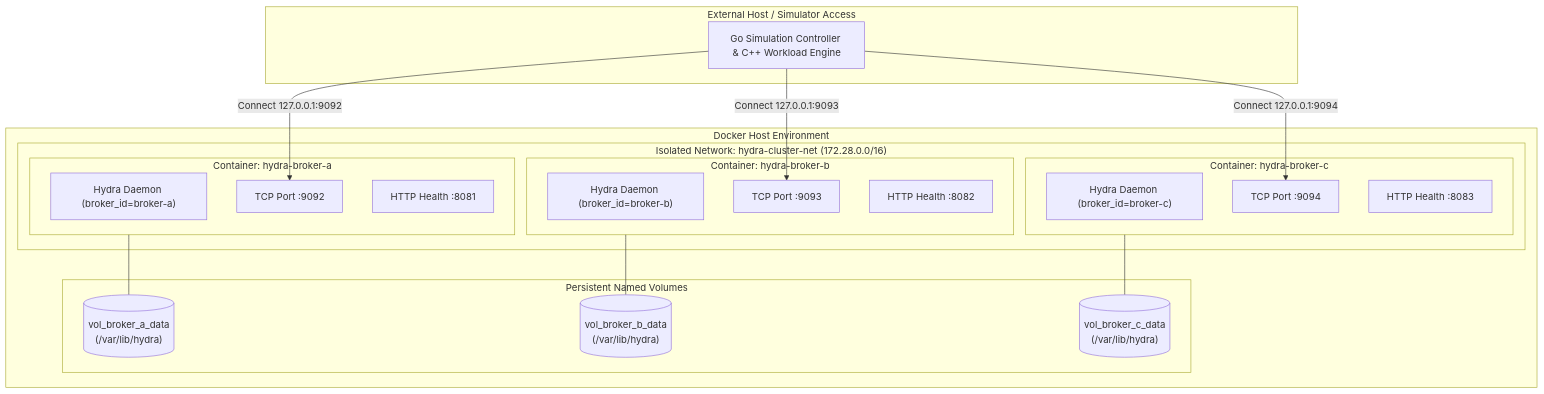
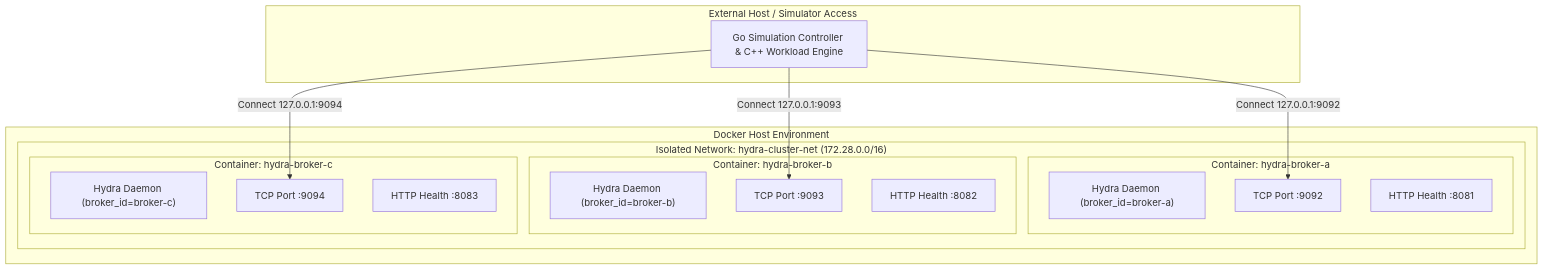
One commit to ansh0014/Hydra-Stream changed the sixth of 12 diagrams in docs/system-diagrams.md. Above: the diagram before and after it, drawn with Mermaid. The commit also changed other lines of this file, not shown here.

````diff
--- a/docs/system-diagrams.md
+++ b/docs/system-diagrams.md
@@ -236,41 +229,31 @@
 ```mermaid
 flowchart TB
     subgraph DOCKER_HOST["Docker Host Environment"]
         subgraph BRIDGE["Isolated Network: hydra-cluster-net (172.28.0.0/16)"]
             subgraph B1["Container: hydra-broker-a"]
                 SRV1["Hydra Daemon (broker_id=broker-a)"]
                 P1_TCP["TCP Port :9092"]
                 P1_HTTP["HTTP Health :8081"]
             end
 
             subgraph B2["Container: hydra-broker-b"]
                 SRV2["Hydra Daemon (broker_id=broker-b)"]
                 P2_TCP["TCP Port :9093"]
                 P2_HTTP["HTTP Health :8082"]
             end
 
             subgraph B3["Container: hydra-broker-c"]
                 SRV3["Hydra Daemon (broker_id=broker-c)"]
                 P3_TCP["TCP Port :9094"]
                 P3_HTTP["HTTP Health :8083"]
             end
         end
-
-        subgraph VOLUMES["Persistent Named Volumes"]
-            V1[("vol_broker_a_data\n(/var/lib/hydra)")]
-            V2[("vol_broker_b_data\n(/var/lib/hydra)")]
-            V3[("vol_broker_c_data\n(/var/lib/hydra)")]
-        end
-
-        B1 --- V1
-        B2 --- V2
-        B3 --- V3
     end
 
     subgraph HOST_CLIENTS["External Host / Simulator Access"]
         SIM_RUNNER["Go Simulation Controller & C++ Workload Engine"]
         SIM_RUNNER -->|Connect 127.0.0.1:9092| P1_TCP
         SIM_RUNNER -->|Connect 127.0.0.1:9093| P2_TCP
         SIM_RUNNER -->|Connect 127.0.0.1:9094| P3_TCP
     end
 ```
````
